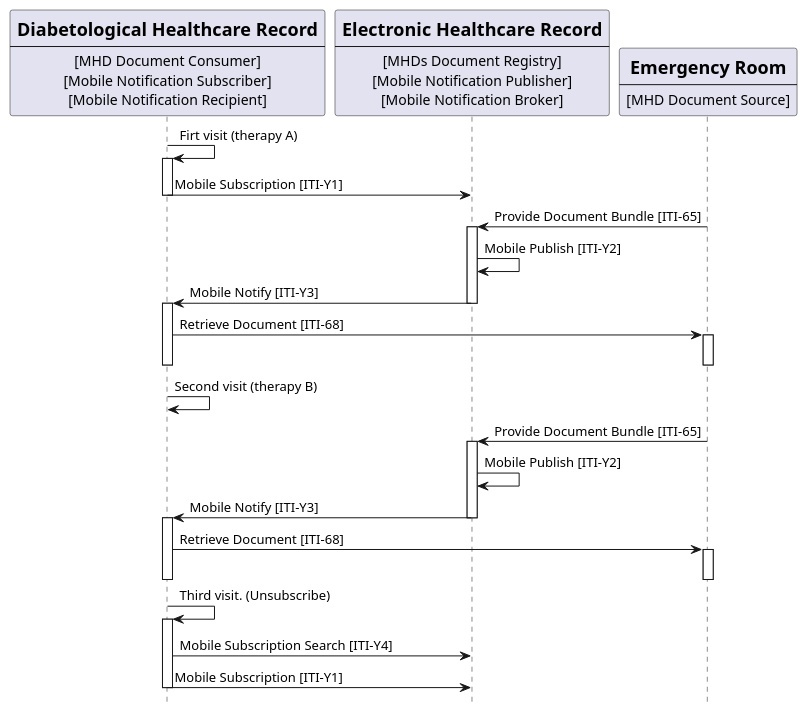
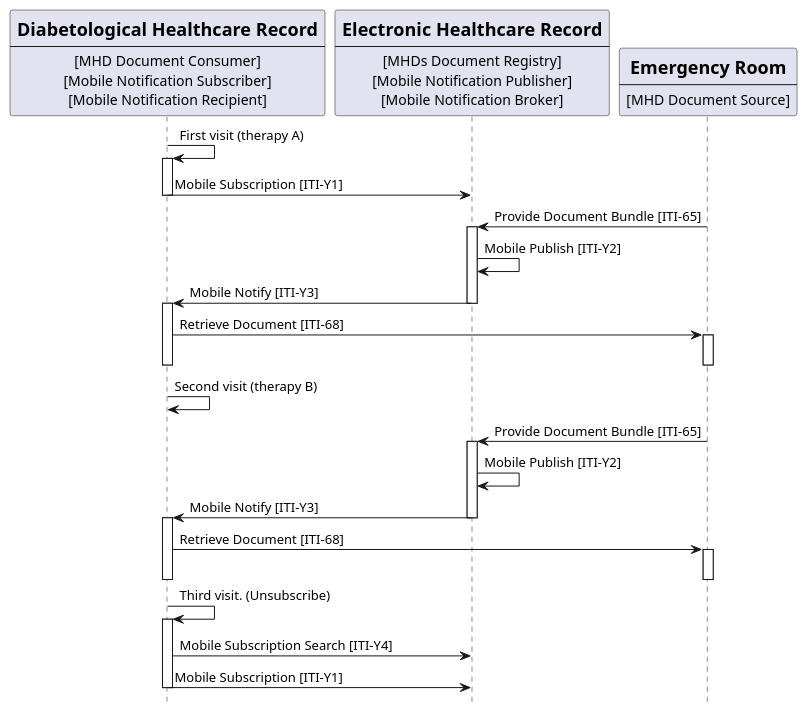
Before and after one commit to IHE/ITI.DSUBm: the diagram in input/images-source/usecase2-processflow.plantuml, drawn with PlantUML. The commit also changed 2 other files, not shown here.

```diff
--- a/input/images-source/usecase2-processflow.plantuml
+++ b/input/images-source/usecase2-processflow.plantuml
@@ -1,70 +1,70 @@
 @startuml
 skinparam svgDimensionStyle false
 hide footbox
 /'title "Folder Subscription with DSUBm on MHDs infrastructure" '/
 
 participant DHR [
     = Diabetological Healthcare Record
     ----
     [MHD Document Consumer]
     [Mobile Notification Subscriber]
     [Mobile Notification Recipient]
 ] 
 
 
 
 participant Central [
     =Electronic Healthcare Record
     ----
     [MHDs Document Registry]
     [Mobile Notification Publisher]
     [Mobile Notification Broker]
 ] 
 
 participant ER [
     =Emergency Room
     ----
     [MHD Document Source]
 ] 
 
 
 
 
-DHR -> DHR: Firt visit (therapy A)
+DHR -> DHR: First visit (therapy A)
 activate DHR
 DHR -> Central:  Mobile Subscription [ITI-Y1]
 deactivate DHR
 
 ER->Central:  Provide Document Bundle [ITI-65]
 activate Central 
 Central -> Central: Mobile Publish [ITI-Y2]
 Central -> DHR: Mobile Notify [ITI-Y3]
 deactivate Central
 activate DHR
 
 DHR -> ER: Retrieve Document [ITI-68]
 activate ER
 deactivate ER
 deactivate DHR 
 
 DHR -> DHR: Second visit (therapy B)
 
 ER->Central:  Provide Document Bundle [ITI-65]
 activate Central 
 Central -> Central: Mobile Publish [ITI-Y2]
 Central -> DHR: Mobile Notify [ITI-Y3]
 deactivate Central
 activate DHR
 
 DHR -> ER: Retrieve Document [ITI-68]
 activate ER
 deactivate ER
 deactivate DHR 
 
 DHR -> DHR: Third visit. (Unsubscribe)
 activate DHR
 DHR -> Central: Mobile Subscription Search [ITI-Y4]
 DHR -> Central: Mobile Subscription [ITI-Y1]	
 deactivate DHR
 
 @enduml
```
